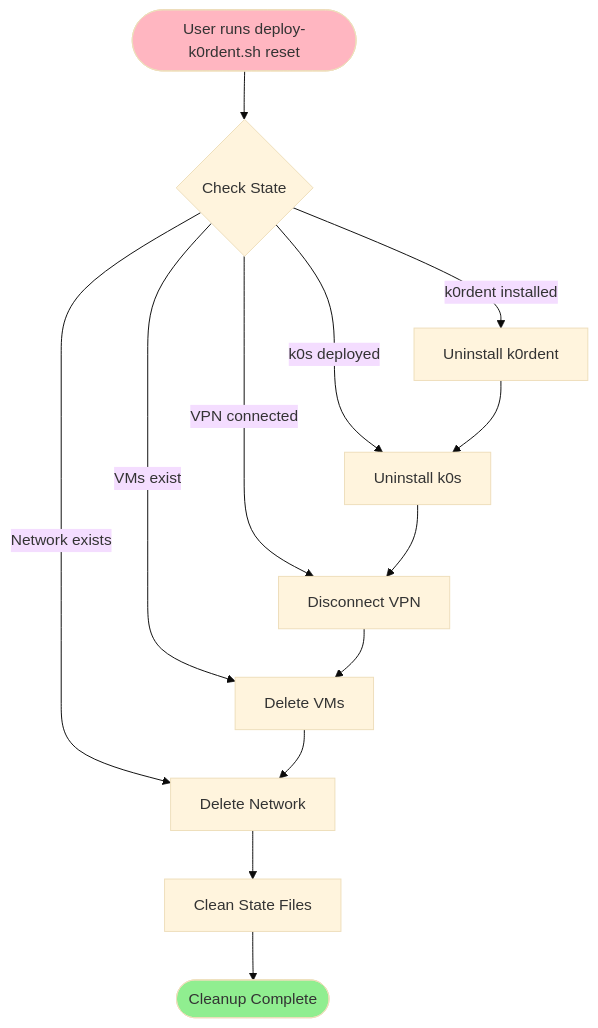
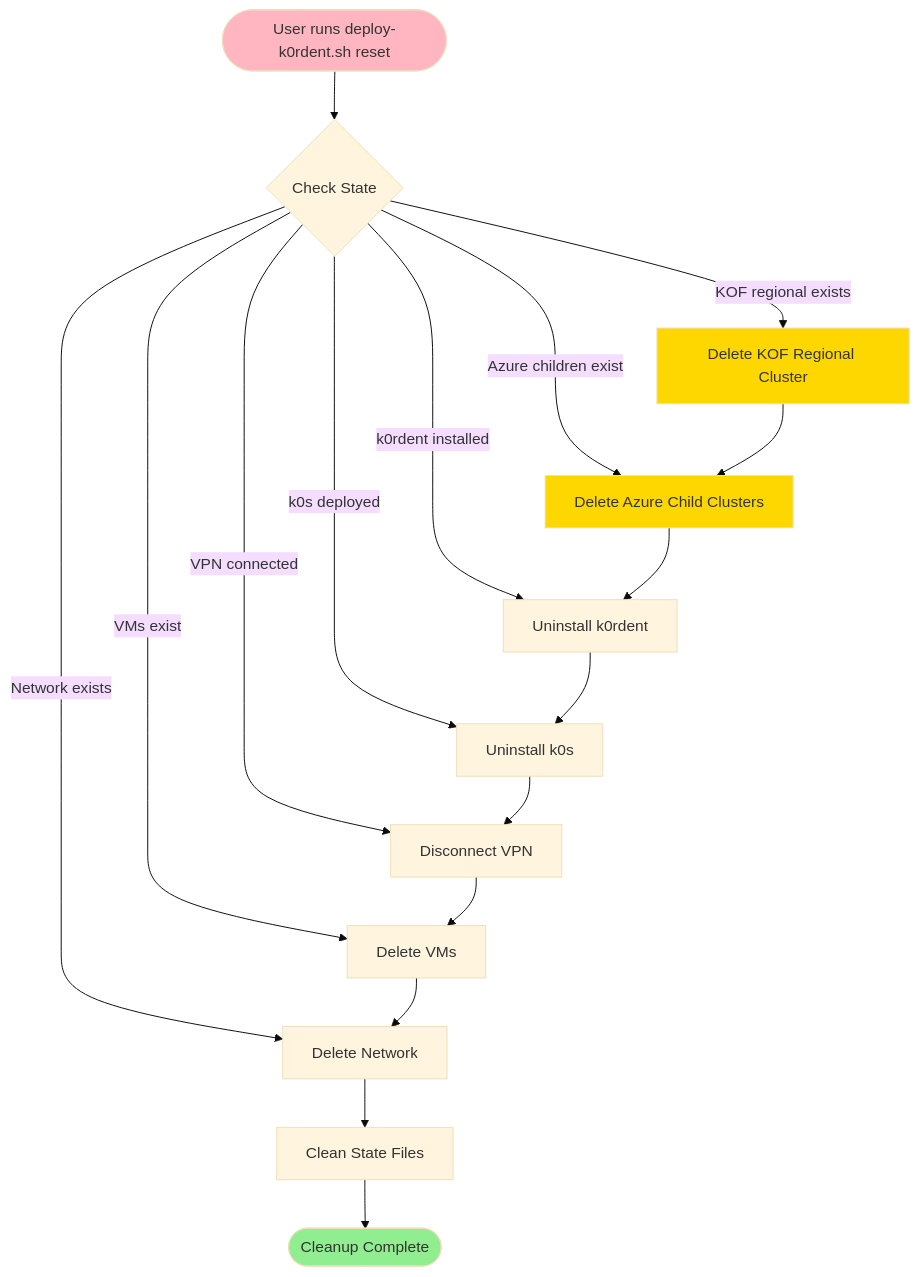
The fifth of 6 diagrams in docs/PROGRAM_FLOW_DIAGRAM.md (randybias/k0rdent-azure-setup), drawn with Mermaid (base theme) before and after one commit. The commit also changed other lines of this file and 9 other files, not shown here.

First line of the commit message:
Update documentation and configurations for k0rdent v1.1.1 and KOF

````diff
--- a/docs/PROGRAM_FLOW_DIAGRAM.md
+++ b/docs/PROGRAM_FLOW_DIAGRAM.md
@@ -234,20 +277,26 @@
 ```mermaid
 graph TD
     Start([User runs deploy-k0rdent.sh reset]) --> Check{Check State}
     
+    Check --> |KOF regional exists| DeleteKOFRegional[Delete KOF Regional Cluster]
+    Check --> |Azure children exist| DeleteAzureChildren[Delete Azure Child Clusters]
     Check --> |k0rdent installed| Uninstallk0rdent[Uninstall k0rdent]
     Check --> |k0s deployed| Uninstallk0s[Uninstall k0s]
     Check --> |VPN connected| DisconnectVPN[Disconnect VPN]
     Check --> |VMs exist| DeleteVMs[Delete VMs]
     Check --> |Network exists| DeleteNetwork[Delete Network]
     
+    DeleteKOFRegional --> DeleteAzureChildren
+    DeleteAzureChildren --> Uninstallk0rdent
     Uninstallk0rdent --> Uninstallk0s
     Uninstallk0s --> DisconnectVPN
     DisconnectVPN --> DeleteVMs
     DeleteVMs --> DeleteNetwork
     DeleteNetwork --> CleanState[Clean State Files]
     CleanState --> Complete([Cleanup Complete])
     
     style Start fill:#FFB6C1
     style Complete fill:#90EE90
+    style DeleteKOFRegional fill:#FFD700
+    style DeleteAzureChildren fill:#FFD700
 ```
````
